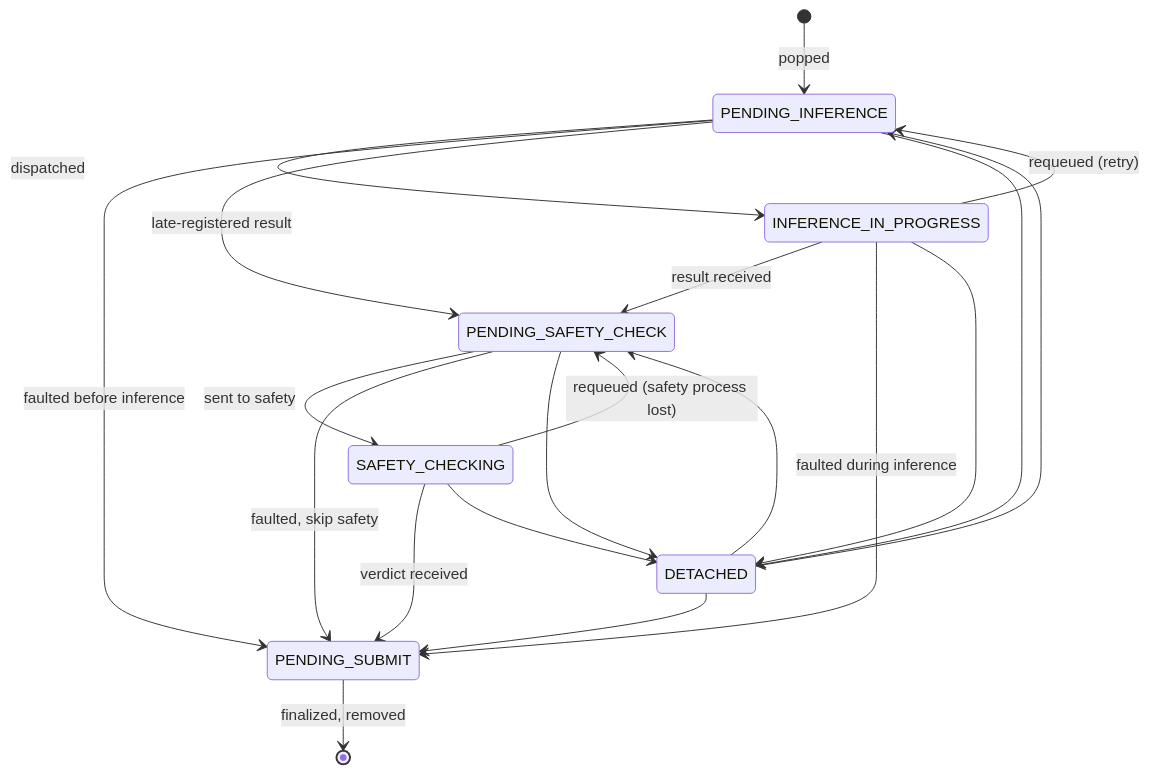
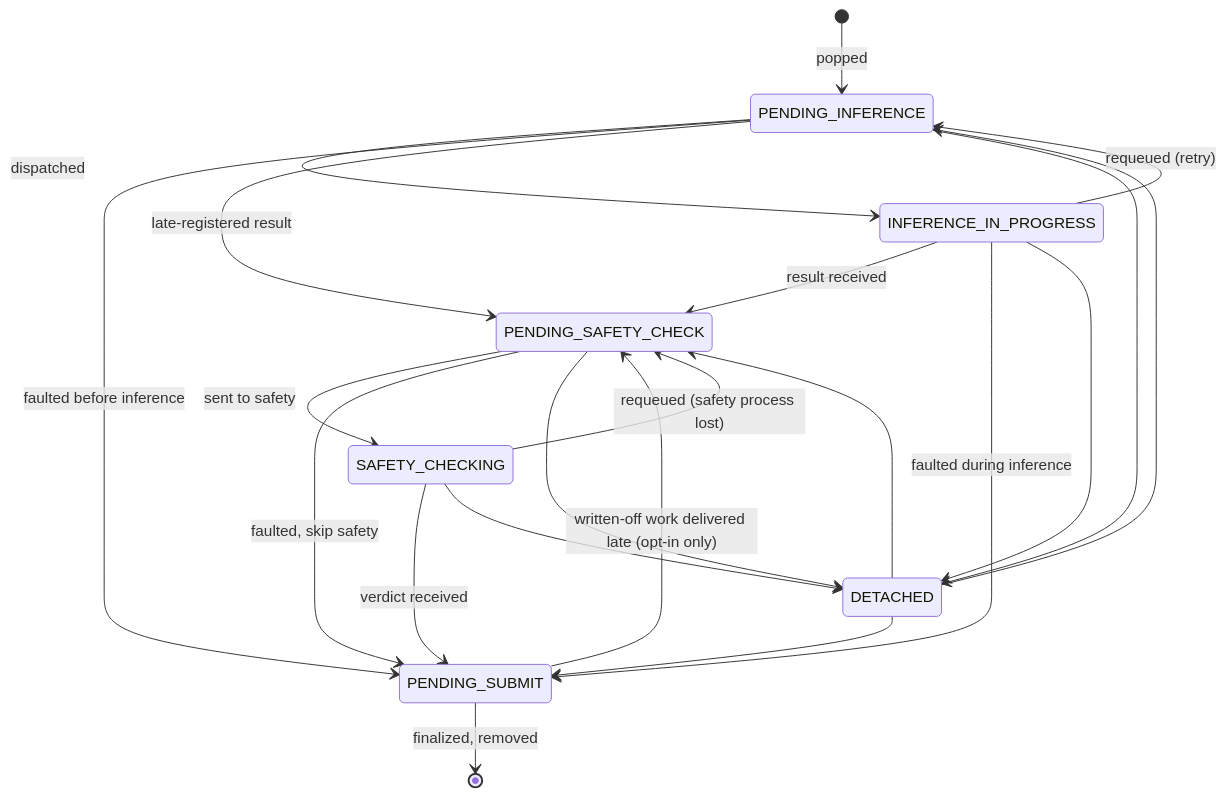
One commit to tazlin/horde-worker-reGen changed the diagram in docs/explanation/job_state_machine.md. Above: the diagram before and after it, drawn with Mermaid. The commit also changed other lines of this file and 10 other files, not shown here.

````diff
--- a/docs/explanation/job_state_machine.md
+++ b/docs/explanation/job_state_machine.md
@@ -78,28 +87,29 @@
 ```mermaid
 stateDiagram-v2
     [*] --> PENDING_INFERENCE : popped
 
     %% happy path
     PENDING_INFERENCE --> INFERENCE_IN_PROGRESS : dispatched
     INFERENCE_IN_PROGRESS --> PENDING_SAFETY_CHECK : result received
     PENDING_SAFETY_CHECK --> SAFETY_CHECKING : sent to safety
     SAFETY_CHECKING --> PENDING_SUBMIT : verdict received
     PENDING_SUBMIT --> [*] : finalized, removed
 
     %% faults and retries
     INFERENCE_IN_PROGRESS --> PENDING_INFERENCE : requeued (retry)
     PENDING_INFERENCE --> PENDING_SUBMIT : faulted before inference
     INFERENCE_IN_PROGRESS --> PENDING_SUBMIT : faulted during inference
     PENDING_INFERENCE --> PENDING_SAFETY_CHECK : late-registered result
     PENDING_SAFETY_CHECK --> PENDING_SUBMIT : faulted, skip safety
     SAFETY_CHECKING --> PENDING_SAFETY_CHECK : requeued (safety process lost)
+    PENDING_SUBMIT --> PENDING_SAFETY_CHECK : written-off work delivered late (opt-in only)
 
     %% transient DETACHED hand-offs
     PENDING_INFERENCE --> DETACHED
     INFERENCE_IN_PROGRESS --> DETACHED
     PENDING_SAFETY_CHECK --> DETACHED
     SAFETY_CHECKING --> DETACHED
     DETACHED --> PENDING_INFERENCE
     DETACHED --> PENDING_SAFETY_CHECK
     DETACHED --> PENDING_SUBMIT
 ```
````
